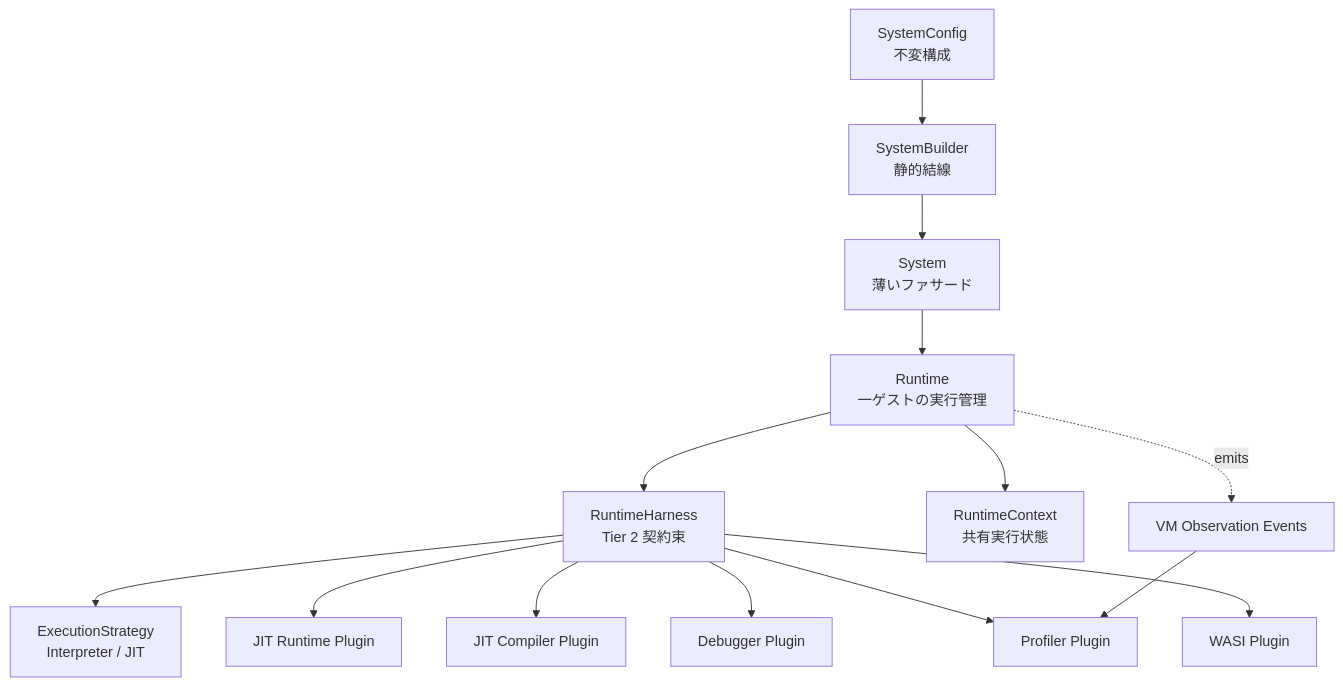
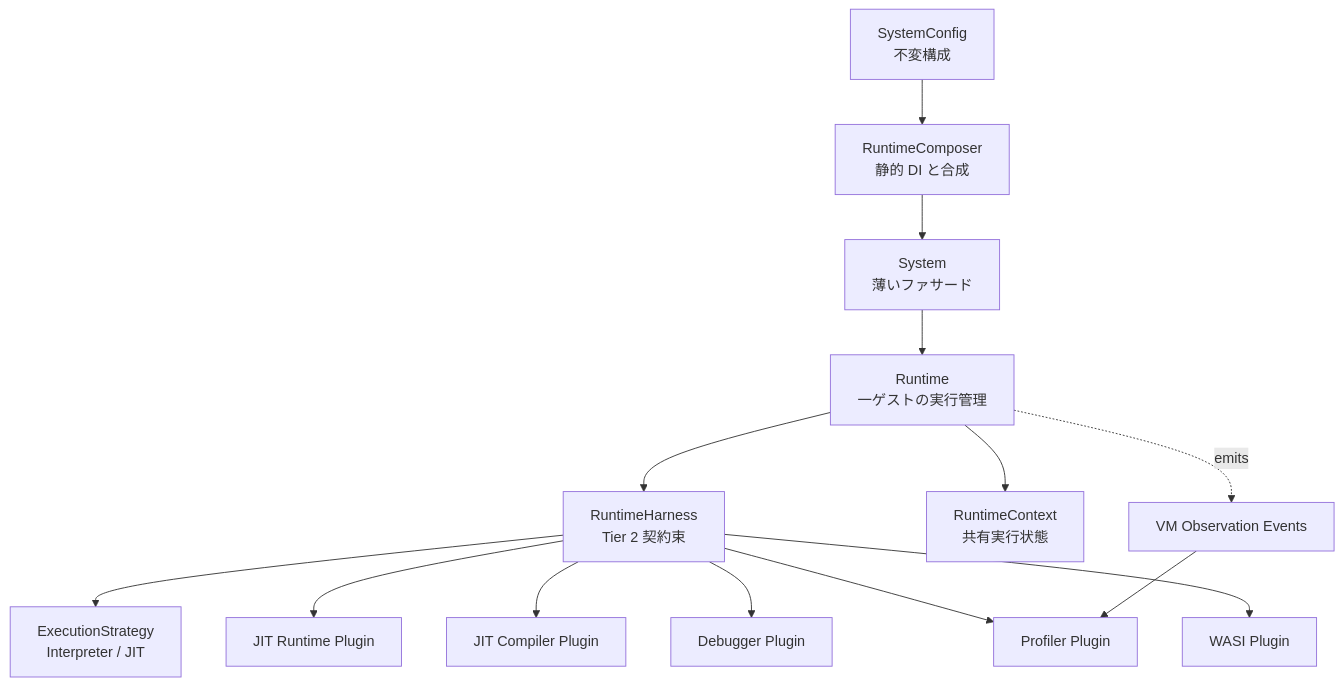
Before and after one commit to kmt-t/fireball: the first of 2 diagrams in docs/components/tier2_runtime/runtime_plugin_architecture.md, drawn with Mermaid. The commit also changed other lines of this file and 104 other files, not shown here.

````diff
--- a/docs/components/tier2_runtime/runtime_plugin_architecture.md
+++ b/docs/components/tier2_runtime/runtime_plugin_architecture.md
@@ -44,16 +45,16 @@
 ```mermaid
 graph TD
-    Config[SystemConfig<br/>不変構成] --> Builder[SystemBuilder<br/>静的結線]
-    Builder --> System[System<br/>薄いファサード]
+    Config[SystemConfig<br/>不変構成] --> Composer[RuntimeComposer<br/>静的 DI と合成]
+    Composer --> System[System<br/>薄いファサード]
     System --> Runtime[Runtime<br/>一ゲストの実行管理]
     Runtime --> Harness[RuntimeHarness<br/>Tier 2 契約束]
     Harness --> Exec[ExecutionStrategy<br/>Interpreter / JIT]
     Harness --> JitRuntime[JIT Runtime Plugin]
     Harness --> JitCompiler[JIT Compiler Plugin]
     Harness --> Debugger[Debugger Plugin]
     Harness --> Profiler[Profiler Plugin]
     Harness --> Wasi[WASI Plugin]
     Runtime --> Context[RuntimeContext<br/>共有実行状態]
     Runtime -. emits .-> Events[VM Observation Events]
     Events --> Profiler
 ```
````
